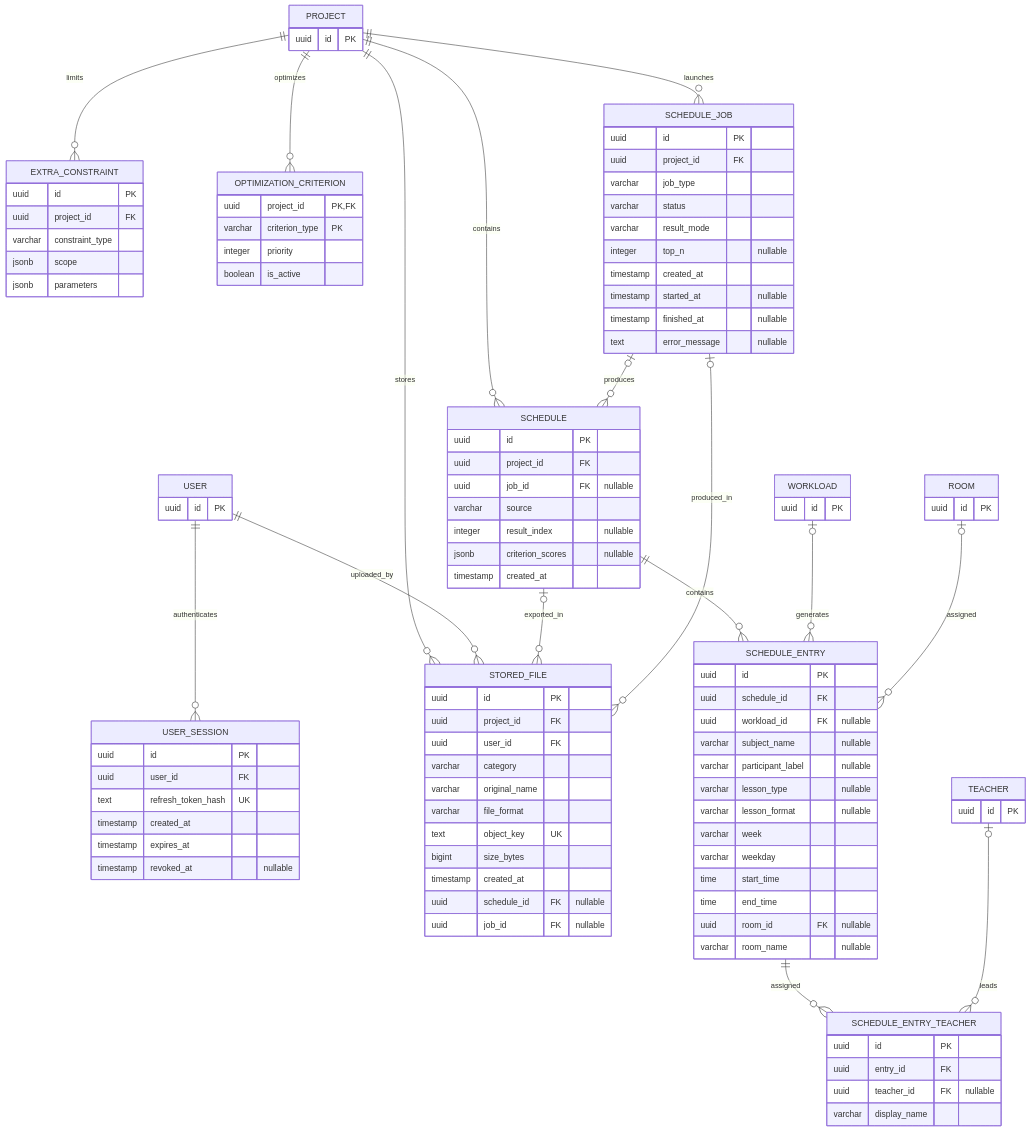
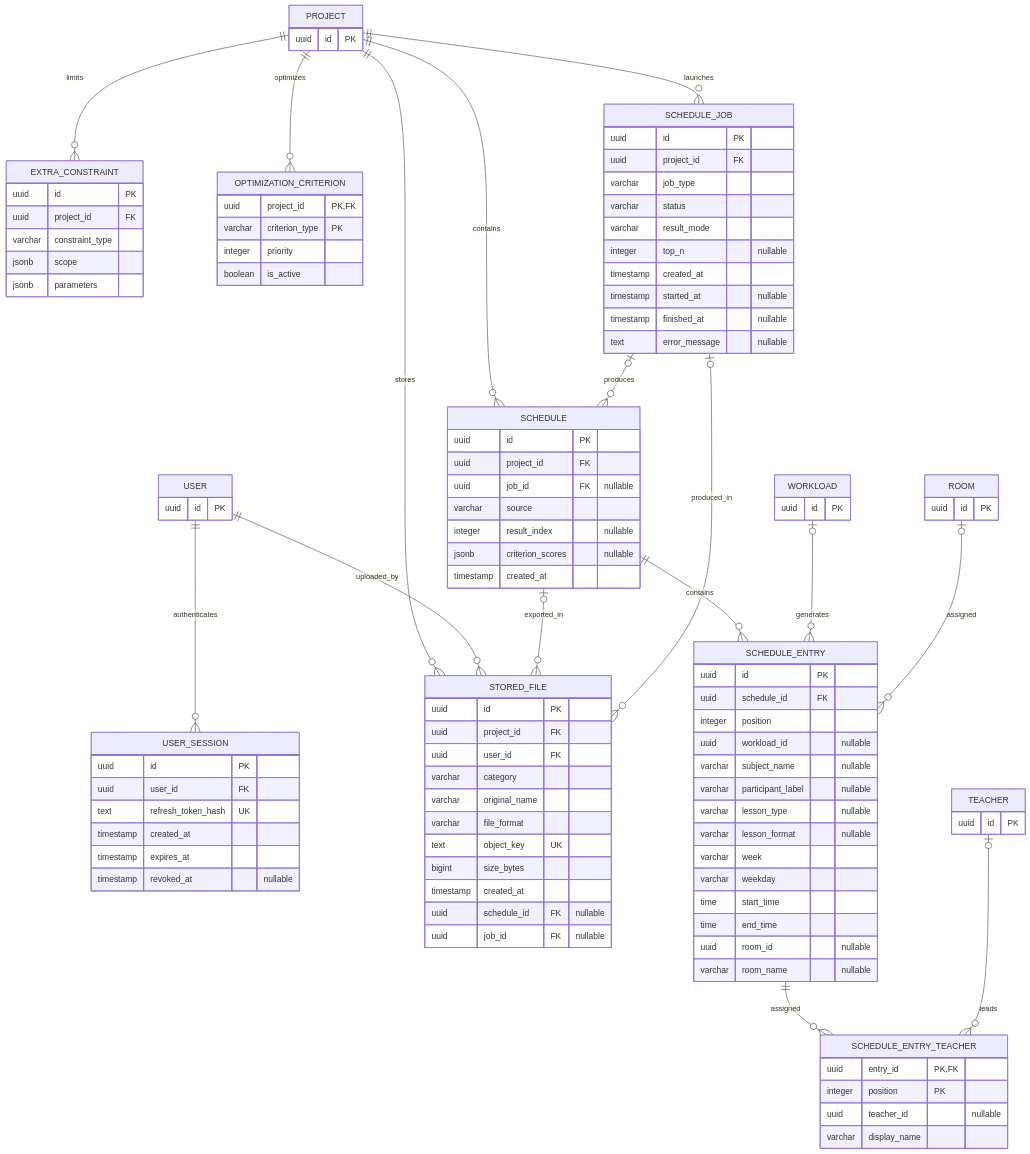
Before and after one commit to User1235321/Lessons-schedules-service: the sixth of 8 diagrams in docs/HLD.md, drawn with Mermaid. The commit also changed other lines of this file, not shown here.

```diff
--- a/docs/HLD.md
+++ b/docs/HLD.md
@@ -723,7 +723,8 @@
     SCHEDULE_ENTRY {
         uuid id PK
         uuid schedule_id FK
-        uuid workload_id FK "nullable"
+        integer position
+        uuid workload_id "nullable"
         varchar subject_name "nullable"
         varchar participant_label "nullable"
         varchar lesson_type "nullable"
@@ -732,13 +733,13 @@
         varchar weekday
         time start_time
         time end_time
-        uuid room_id FK "nullable"
+        uuid room_id "nullable"
         varchar room_name "nullable"
     }
     SCHEDULE_ENTRY_TEACHER {
-        uuid id PK
-        uuid entry_id FK
-        uuid teacher_id FK "nullable"
+        uuid entry_id PK,FK
+        integer position PK
+        uuid teacher_id "nullable"
         varchar display_name
     }
     STORED_FILE {
```
